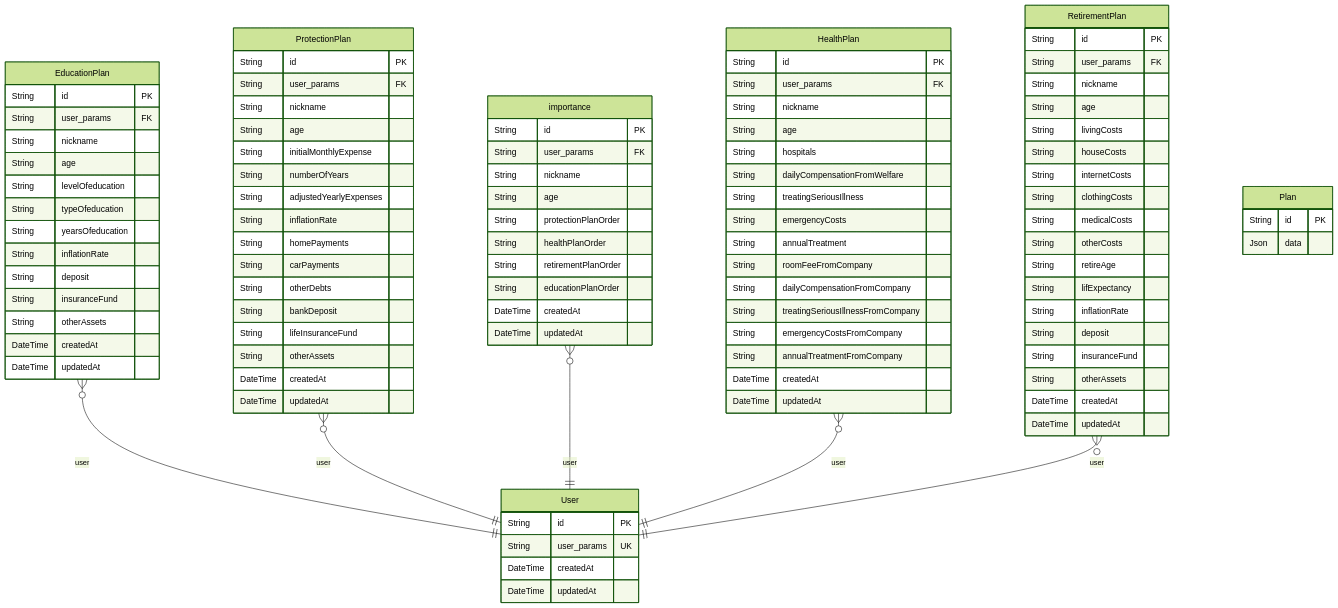
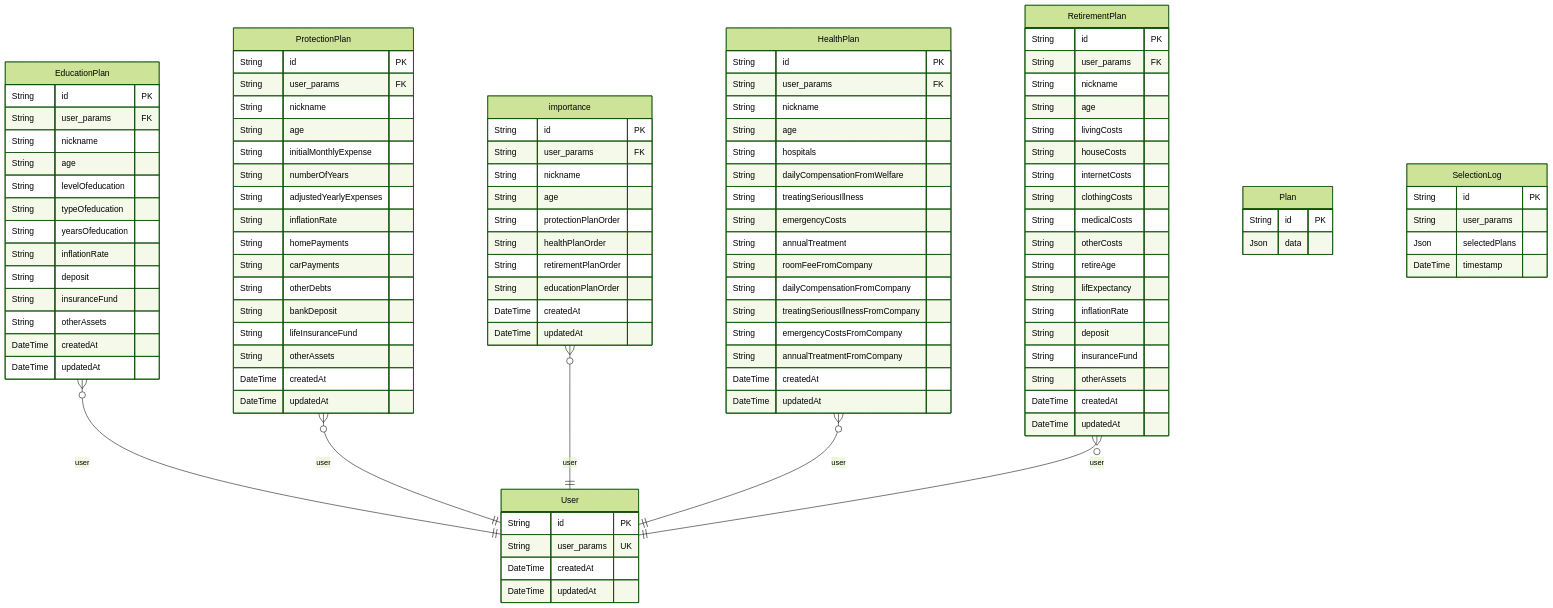
The diagram in prisma/ERD.md (H-lab-official/Financial-Health-Check-BE), drawn with Mermaid (forest theme) before and after one commit. The commit also changed other lines of this file and 5 other files, not shown here.

```diff
--- a/prisma/ERD.md
+++ b/prisma/ERD.md
@@ -99,6 +99,12 @@
   String id PK
   Json data
 }
+"SelectionLog" {
+  String id PK
+  String user_params
+  Json selectedPlans
+  DateTime timestamp
+}
 "EducationPlan" }o--|| "User" : user
 "ProtectionPlan" }o--|| "User" : user
 "importance" }o--|| "User" : user
```
